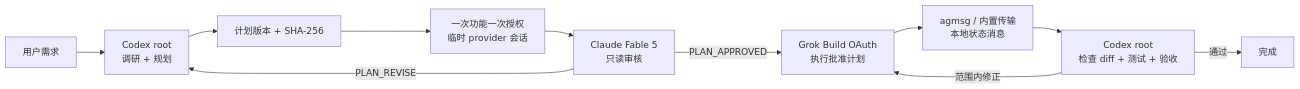
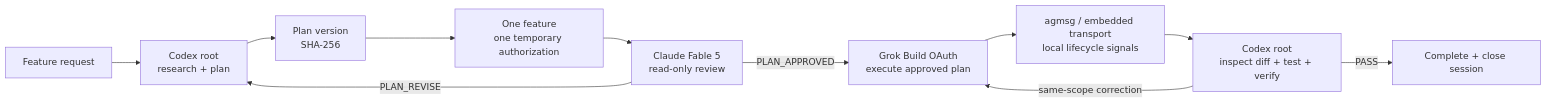
One commit to Mnufs/subscription-triad changed the diagram in README.md. Above: the diagram before and after it, drawn with Mermaid. The commit also changed other lines of this file and 22 other files, not shown here.

````diff
--- a/README.md
+++ b/README.md
@@ -7,13 +17,13 @@
 ```mermaid
 flowchart LR
-    U["用户需求"] --> C["Codex root\n调研 + 规划"]
-    C --> H["计划版本 + SHA-256"]
-    H --> S["一次功能一次授权\n临时 provider 会话"]
-    S --> F["Claude Fable 5\n只读审核"]
+    U["Feature request"] --> C["Codex root<br/>research + plan"]
+    C --> H["Plan version<br/>SHA-256"]
+    H --> S["One feature<br/>one temporary authorization"]
+    S --> F["Claude Fable 5<br/>read-only review"]
     F -->|"PLAN_REVISE"| C
-    F -->|"PLAN_APPROVED"| G["Grok Build OAuth\n执行批准计划"]
-    G --> A["agmsg / 内置传输\n本地状态消息"]
-    A --> V["Codex root\n检查 diff + 测试 + 验收"]
-    V -->|"范围内修正"| G
-    V -->|"通过"| D["完成"]
+    F -->|"PLAN_APPROVED"| G["Grok Build OAuth<br/>execute approved plan"]
+    G --> A["agmsg / embedded transport<br/>local lifecycle signals"]
+    A --> V["Codex root<br/>inspect diff + test + verify"]
+    V -->|"same-scope correction"| G
+    V -->|"PASS"| D["Complete + close session"]
 ```
````
